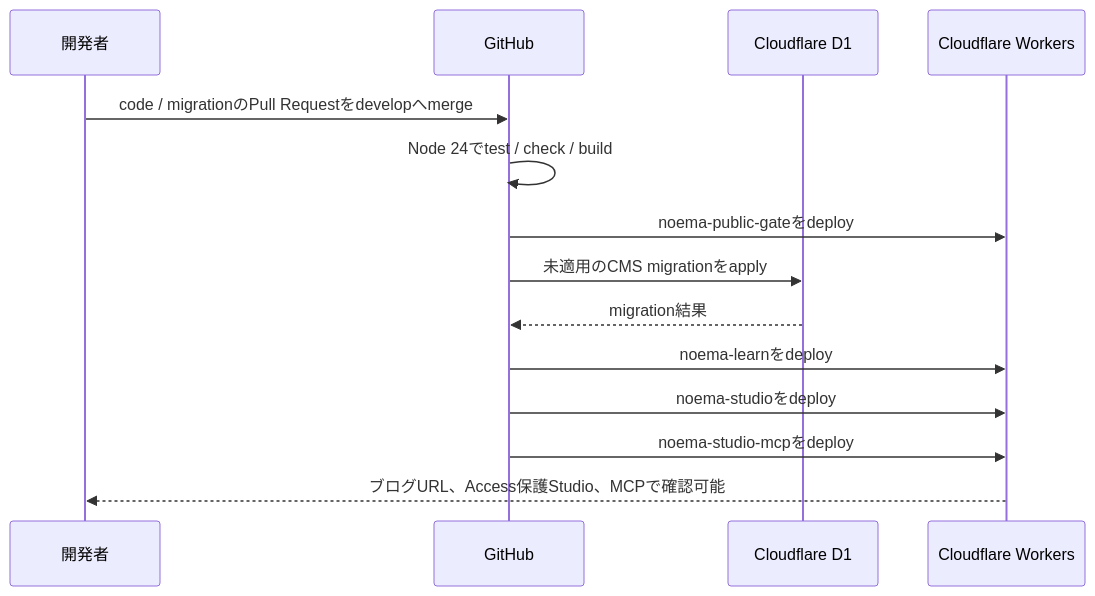
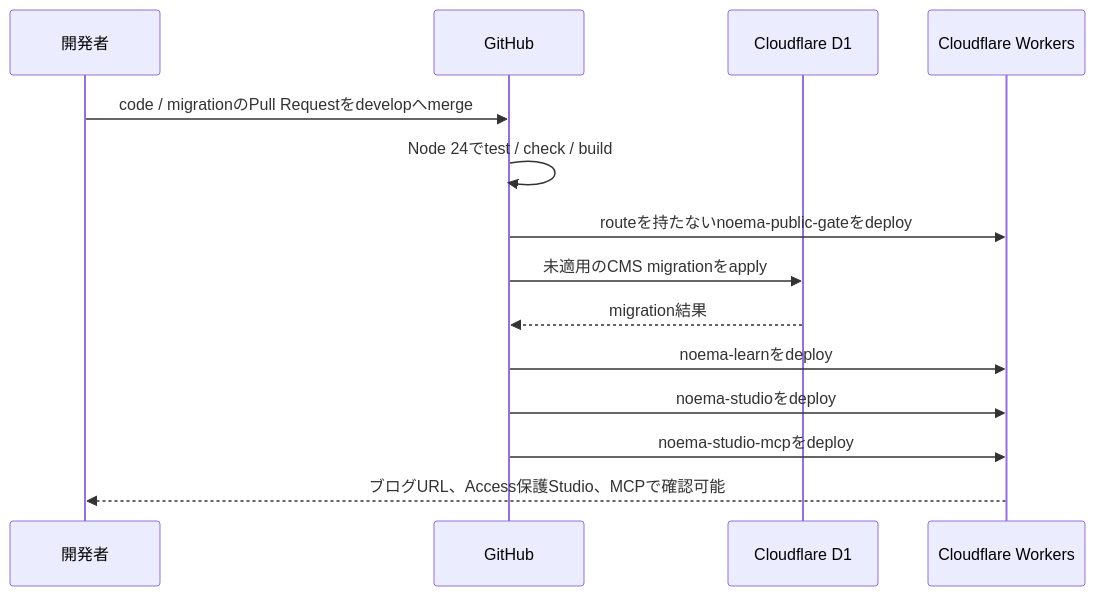
One commit to mani1261790/Noema changed the diagram in docs/development-deployment.md. Above: the diagram before and after it, drawn with Mermaid. The commit also changed other lines of this file and 4 other files, not shown here.

````diff
--- a/docs/development-deployment.md
+++ b/docs/development-deployment.md
@@ -37,16 +37,16 @@
 ```mermaid
 sequenceDiagram
   participant Dev as 開発者
   participant GH as GitHub
   participant D1 as Cloudflare D1
   participant CF as Cloudflare Workers
   Dev->>GH: code / migrationのPull Requestをdevelopへmerge
   GH->>GH: Node 24でtest / check / build
-  GH->>CF: noema-public-gateをdeploy
+  GH->>CF: routeを持たないnoema-public-gateをdeploy
   GH->>D1: 未適用のCMS migrationをapply
   D1-->>GH: migration結果
   GH->>CF: noema-learnをdeploy
   GH->>CF: noema-studioをdeploy
   GH->>CF: noema-studio-mcpをdeploy
   CF-->>Dev: ブログURL、Access保護Studio、MCPで確認可能
 ```
````
